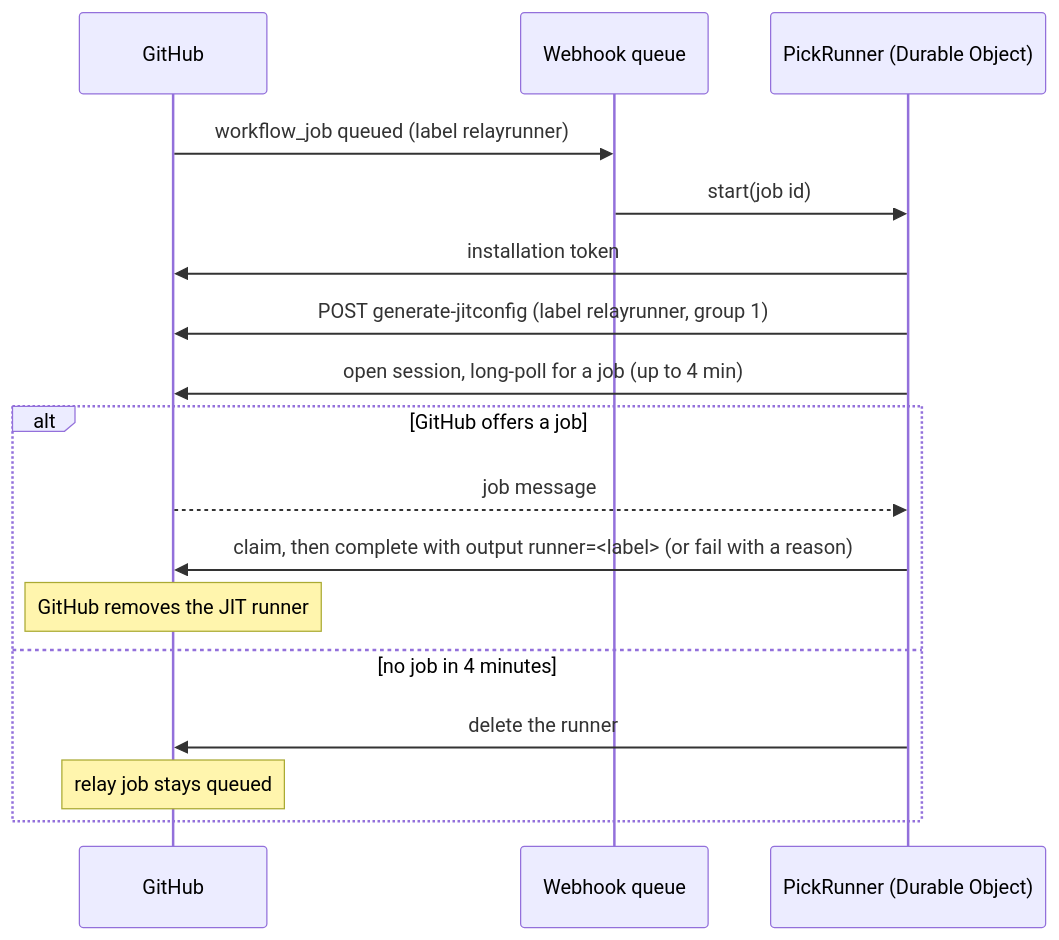
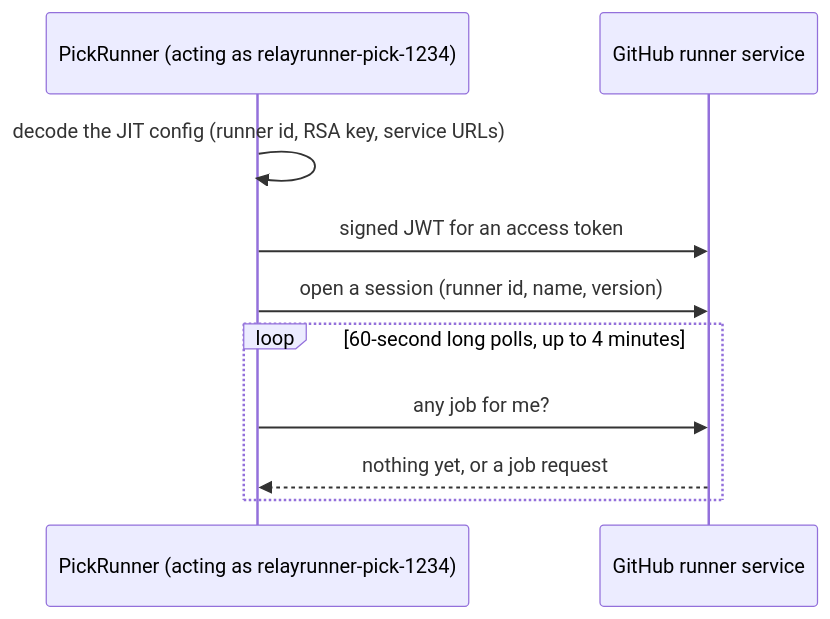
The fifth of 7 diagrams in docs/architecture/pick-runner.md (atticoos/RelayRunner), drawn with Mermaid before and after one commit. The commit also changed other lines of this file, not shown here.

First line of the commit message:
docs: break the pick runner flow into one diagram per step

````diff
--- a/docs/architecture/pick-runner.md
+++ b/docs/architecture/pick-runner.md
@@ -93,20 +106,13 @@
 ```mermaid
 sequenceDiagram
-  participant GH as GitHub
-  participant Q as Webhook queue
-  participant P as PickRunner (Durable Object)
+  participant P as PickRunner (acting as relayrunner-pick-1234)
+  participant S as GitHub runner service
 
-  GH->>Q: workflow_job queued (label relayrunner)
-  Q->>P: start(job id)
-  P->>GH: installation token
-  P->>GH: POST generate-jitconfig (label relayrunner, group 1)
-  P->>GH: open session, long-poll for a job (up to 4 min)
-  alt GitHub offers a job
-    GH-->>P: job message
-    P->>GH: claim, then complete with output runner=<label> (or fail with a reason)
-    Note over GH: GitHub removes the JIT runner
-  else no job in 4 minutes
-    P->>GH: delete the runner
-    Note over GH: relay job stays queued
+  P->>P: decode the JIT config (runner id, RSA key, service URLs)
+  P->>S: signed JWT for an access token
+  P->>S: open a session (runner id, name, version)
+  loop 60-second long polls, up to 4 minutes
+    P->>S: any job for me?
+    S-->>P: nothing yet, or a job request
   end
 ```
````
